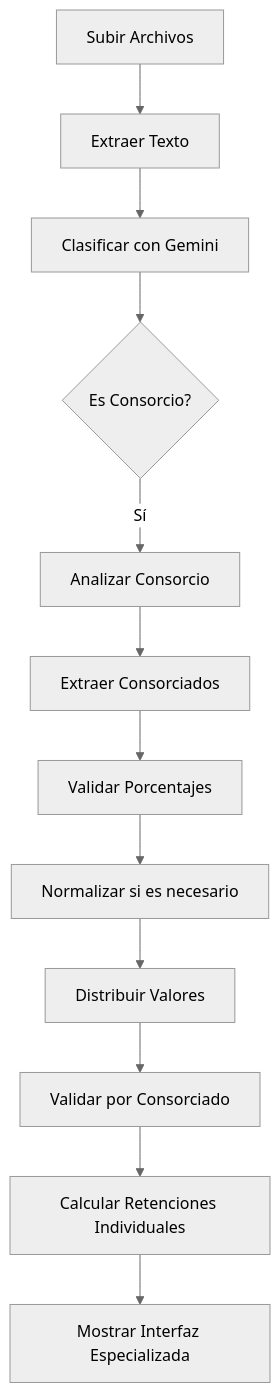
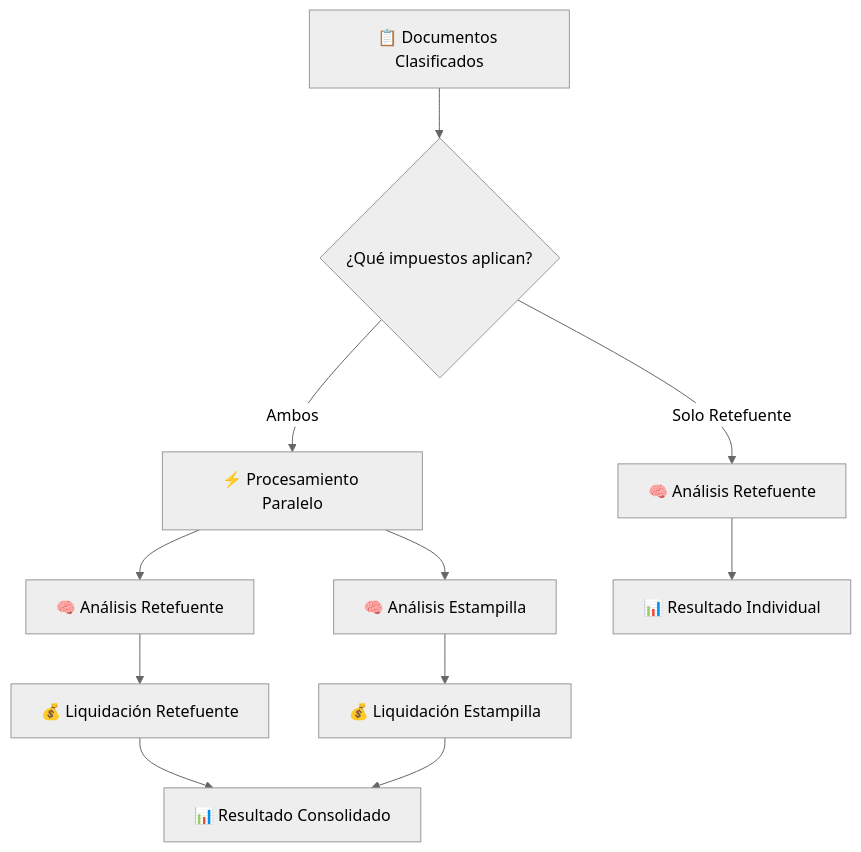
One commit to nexuraintl/mod_preliquidador changed the second of 2 diagrams in README.md. Above: the diagram before and after it, drawn with Mermaid (neutral theme). The commit also changed other lines of this file and 22 other files, not shown here.

Commit message:
v0.0.2 Segundo commit, quitando el statuc para trabajar directamente con POSTMAN, OPTIMIZACION DEL CODIGO y eliminacion de codigo muerto. se incluye IVA, RETEIV, estampilla PRO universidad nacional y obra publica  en el analisis de los impuestos

````diff
--- a/README.md
+++ b/README.md
@@ -202,14 +103,16 @@
 ```mermaid
 graph TD
-    A[Subir Archivos] --> B[Extraer Texto]
-    B --> C[Clasificar con Gemini]
-    C --> D{Es Consorcio?}
-    D -->|Sí| E[Analizar Consorcio]
-    E --> F[Extraer Consorciados]
-    F --> G[Validar Porcentajes]
-    G --> H[Normalizar si es necesario]
-    H --> I[Distribuir Valores]
-    I --> J[Validar por Consorciado]
-    J --> K[Calcular Retenciones Individuales]
-    K --> L[Mostrar Interfaz Especializada]
+    A[📋 Documentos Clasificados] --> B{¿Qué impuestos aplican?}
+    B -->|Solo Retefuente| C[🧠 Análisis Retefuente]
+    B -->|Ambos| D[⚡ Procesamiento Paralelo]
+    
+    D --> E[🧠 Análisis Retefuente]
+    D --> F[🧠 Análisis Estampilla]
+    
+    E --> G[💰 Liquidación Retefuente]
+    F --> H[💰 Liquidación Estampilla]
+    
+    C --> I[📊 Resultado Individual]
+    G --> J[📊 Resultado Consolidado]
+    H --> J
 ```
````
